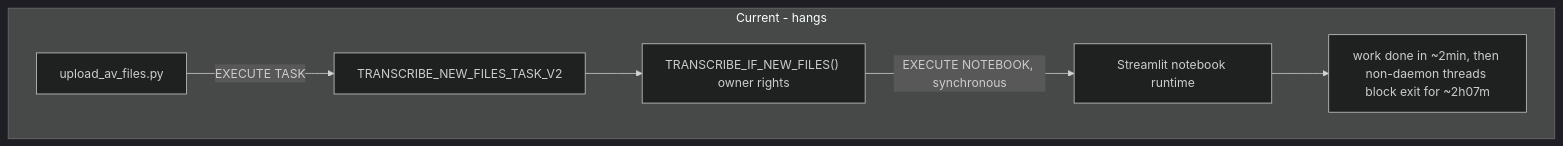
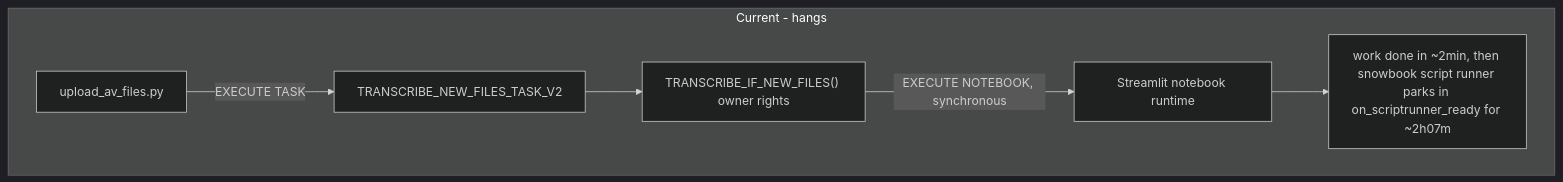
Before and after one commit to kingofgoons/sf-av-transcriptions: the first of 2 diagrams in .snowflake/cortex/plans/port-transcription-to-job-service.plan.md, drawn with Mermaid (dark theme). The commit also changed other lines of this file and 2 other files, not shown here.

````diff
--- a/.snowflake/cortex/plans/port-transcription-to-job-service.plan.md
+++ b/.snowflake/cortex/plans/port-transcription-to-job-service.plan.md
@@ -61,9 +101,9 @@
 ```mermaid
 graph TD
     subgraph before [Current - hangs]
         U1[upload_av_files.py] -->|EXECUTE TASK| T1[TRANSCRIBE_NEW_FILES_TASK_V2]
         T1 --> G1["TRANSCRIBE_IF_NEW_FILES() owner rights"]
         G1 -->|EXECUTE NOTEBOOK, synchronous| N1[Streamlit notebook runtime]
-        N1 --> H1["work done in ~2min, then non-daemon threads block exit for ~2h07m"]
+        N1 --> H1["work done in ~2min, then snowbook script runner parks in on_scriptrunner_ready for ~2h07m"]
     end
 ```
````
